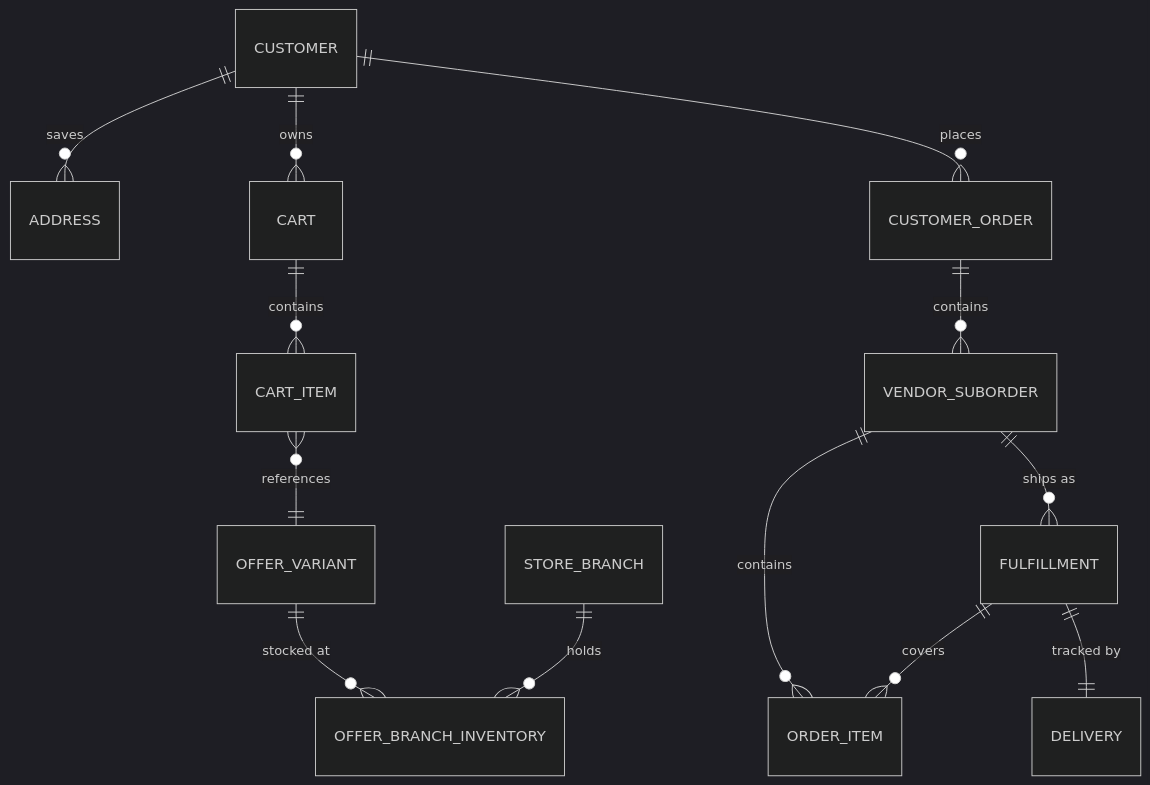
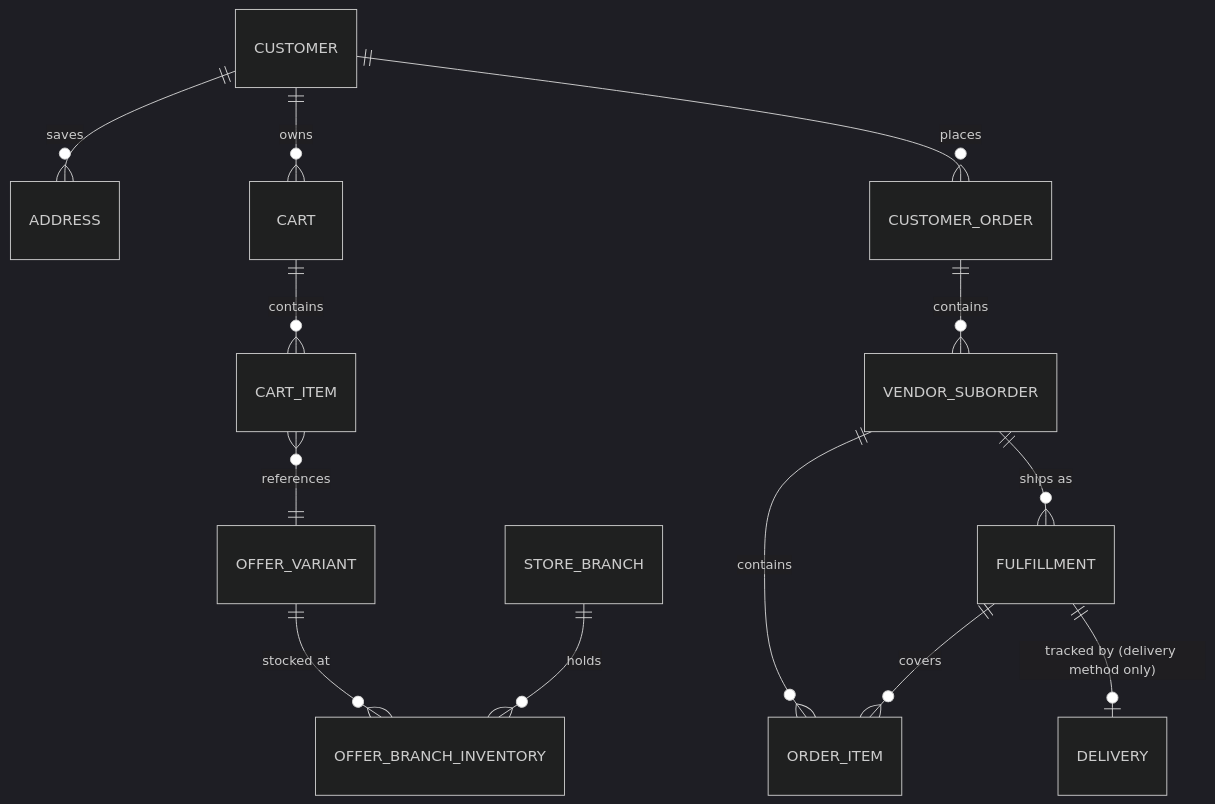
One commit to FINALTALA/FINALPRO changed the third of 4 diagrams in docs/srs/03-business-rules-data-model.md. Above: the diagram before and after it, drawn with Mermaid (dark theme). The commit also changed other lines of this file, not shown here.

````diff
--- a/docs/srs/03-business-rules-data-model.md
+++ b/docs/srs/03-business-rules-data-model.md
@@ -78,15 +78,15 @@
 ```mermaid
 erDiagram
     CUSTOMER ||--o{ ADDRESS : saves
     CUSTOMER ||--o{ CART : owns
     CART ||--o{ CART_ITEM : contains
     CART_ITEM }o--|| OFFER_VARIANT : references
     CUSTOMER ||--o{ CUSTOMER_ORDER : places
     CUSTOMER_ORDER ||--o{ VENDOR_SUBORDER : contains
     VENDOR_SUBORDER ||--o{ ORDER_ITEM : contains
     VENDOR_SUBORDER ||--o{ FULFILLMENT : "ships as"
     FULFILLMENT ||--o{ ORDER_ITEM : covers
-    FULFILLMENT ||--|| DELIVERY : "tracked by"
+    FULFILLMENT ||--o| DELIVERY : "tracked by (delivery method only)"
     OFFER_VARIANT ||--o{ OFFER_BRANCH_INVENTORY : "stocked at"
     STORE_BRANCH ||--o{ OFFER_BRANCH_INVENTORY : holds
 ```
````
